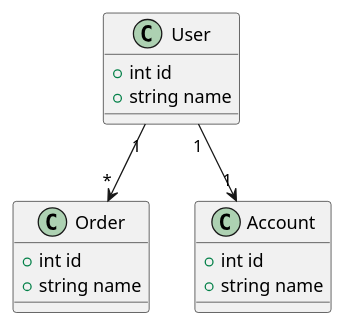
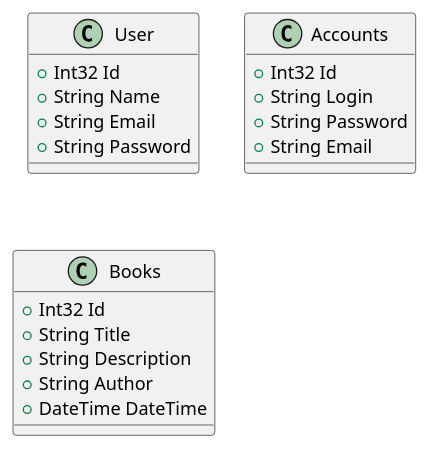
Before and after one commit to Dementiy420/CLIGeneratorUML: the diagram in GeneratorUML/GeneratedUML/ErDiagramm.puml, drawn with PlantUML. The commit also changed 3 other files, not shown here.

```diff
--- a/GeneratorUML/GeneratedUML/ErDiagramm.puml
+++ b/GeneratorUML/GeneratedUML/ErDiagramm.puml
@@ -1,18 +1,24 @@
 @startuml
-class User {
-  +int id
-  +string name
+class User{
++Int32 Id
++String Name
++String Email
++String Password
 }
 
-class Order {
-  +int id
-  +string name
+class Accounts{
++Int32 Id
++String Login
++String Password
++String Email
 }
 
-class Account {
-  +int id
-  +string name
+class Books{
++Int32 Id
++String Title
++String Description
++String Author
++DateTime DateTime
 }
-User "1" --> "*" Order
-User "1" --> "1" Account
+
 @enduml
```
